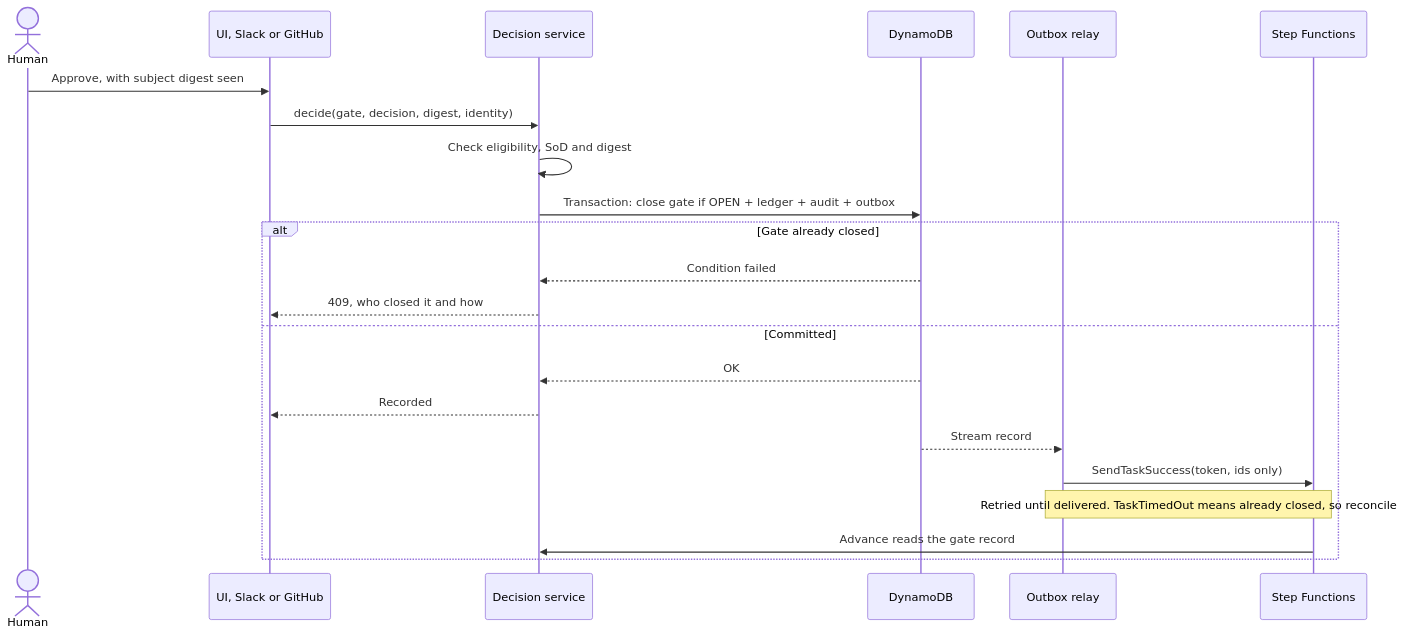
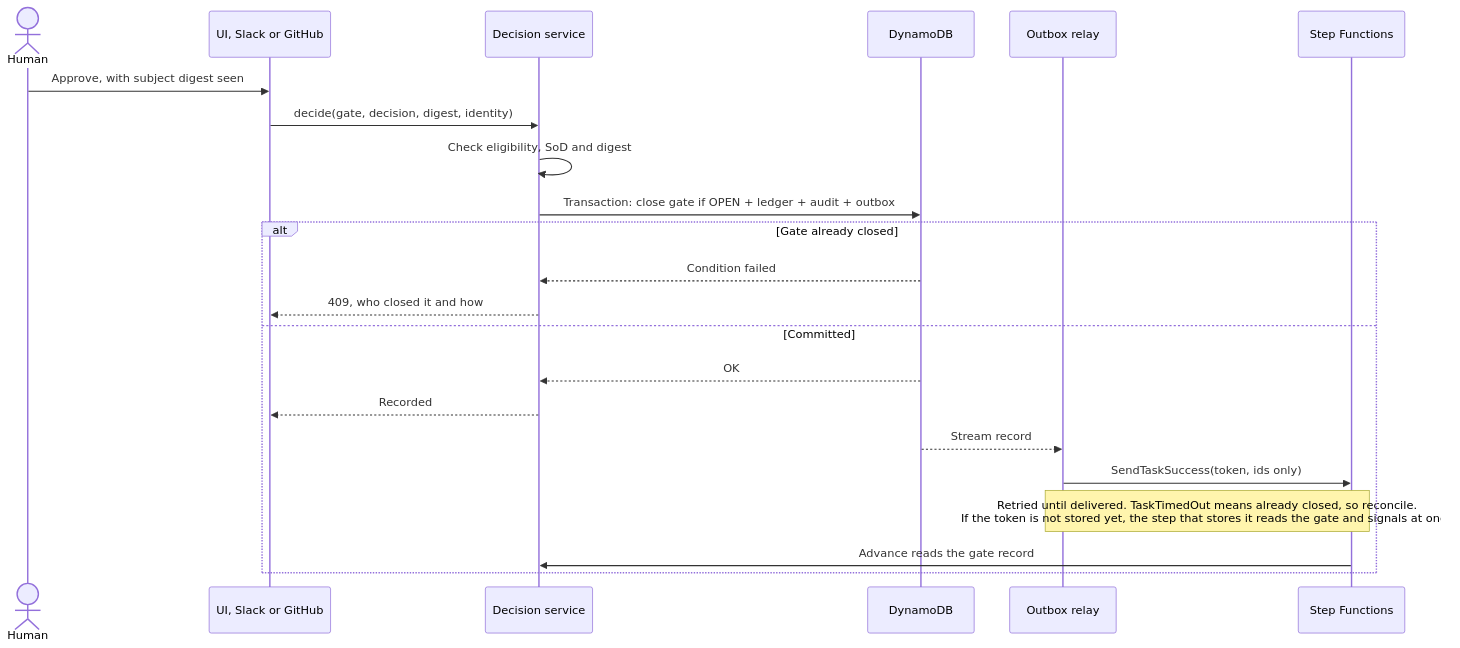
The third of 8 diagrams in docs/PLAN.md (bamseynet/swe-ticket-orchestrator), drawn with Mermaid before and after one commit. The commit also changed other lines of this file and 20 other files, not shown here.

````diff
--- a/docs/PLAN.md
+++ b/docs/PLAN.md
@@ -313,24 +338,24 @@
 ```mermaid
 sequenceDiagram
     actor H as Human
     participant S as UI, Slack or GitHub
     participant D as Decision service
     participant DB as DynamoDB
     participant O as Outbox relay
     participant SF as Step Functions
     H->>S: Approve, with subject digest seen
     S->>D: decide(gate, decision, digest, identity)
     D->>D: Check eligibility, SoD and digest
     D->>DB: Transaction: close gate if OPEN + ledger + audit + outbox
     alt Gate already closed
         DB-->>D: Condition failed
         D-->>S: 409, who closed it and how
     else Committed
         DB-->>D: OK
         D-->>S: Recorded
         DB-->>O: Stream record
         O->>SF: SendTaskSuccess(token, ids only)
-        Note over O,SF: Retried until delivered. TaskTimedOut means already closed, so reconcile
+        Note over O,SF: Retried until delivered. TaskTimedOut means already closed, so reconcile.<br/>If the token is not stored yet, the step that stores it reads the gate and signals at once
         SF->>D: Advance reads the gate record
     end
 ```
````
